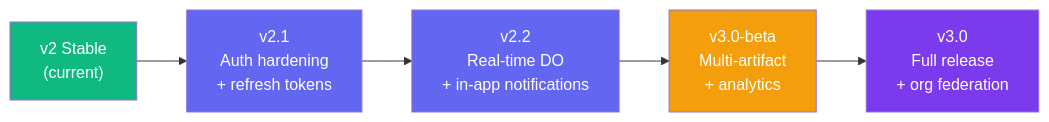
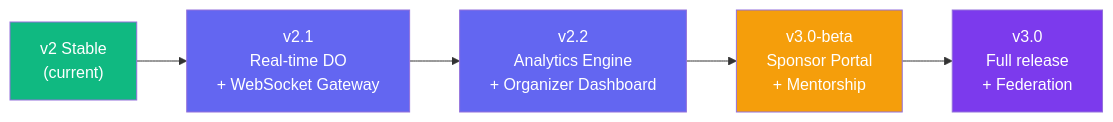
Diagram 17 of 20 in docs/v3/architecture/00-overview.md (devangshupandey2025-stack/DevSage), drawn with Mermaid before and after one commit. The commit also changed other lines of this file and 2 other files, not shown here.

Commit message:
chore: update api client and architecture docs

````diff
--- a/docs/v3/architecture/00-overview.md
+++ b/docs/v3/architecture/00-overview.md
@@ -519,13 +792,13 @@
 ```mermaid
 flowchart LR
-    A["v2 Stable<br/>(current)"] --> B["v2.1<br/>Auth hardening<br/>+ refresh tokens"]
-    B --> C["v2.2<br/>Real-time DO<br/>+ in-app notifications"]
-    C --> D["v3.0-beta<br/>Multi-artifact<br/>+ analytics"]
-    D --> E["v3.0<br/>Full release<br/>+ org federation"]
+    A["v2 Stable<br/>(current)"] --> B["v2.1<br/>Real-time DO<br/>+ WebSocket Gateway"]
+    B --> C["v2.2<br/>Analytics Engine<br/>+ Organizer Dashboard"]
+    C --> D["v3.0-beta<br/>Sponsor Portal<br/>+ Mentorship"]
+    D --> E["v3.0<br/>Full release<br/>+ Federation"]
 
     style A fill:#10b981,color:#fff
     style B fill:#6366f1,color:#fff
     style C fill:#6366f1,color:#fff
     style D fill:#f59e0b,color:#fff
     style E fill:#7c3aed,color:#fff
 ```
````
